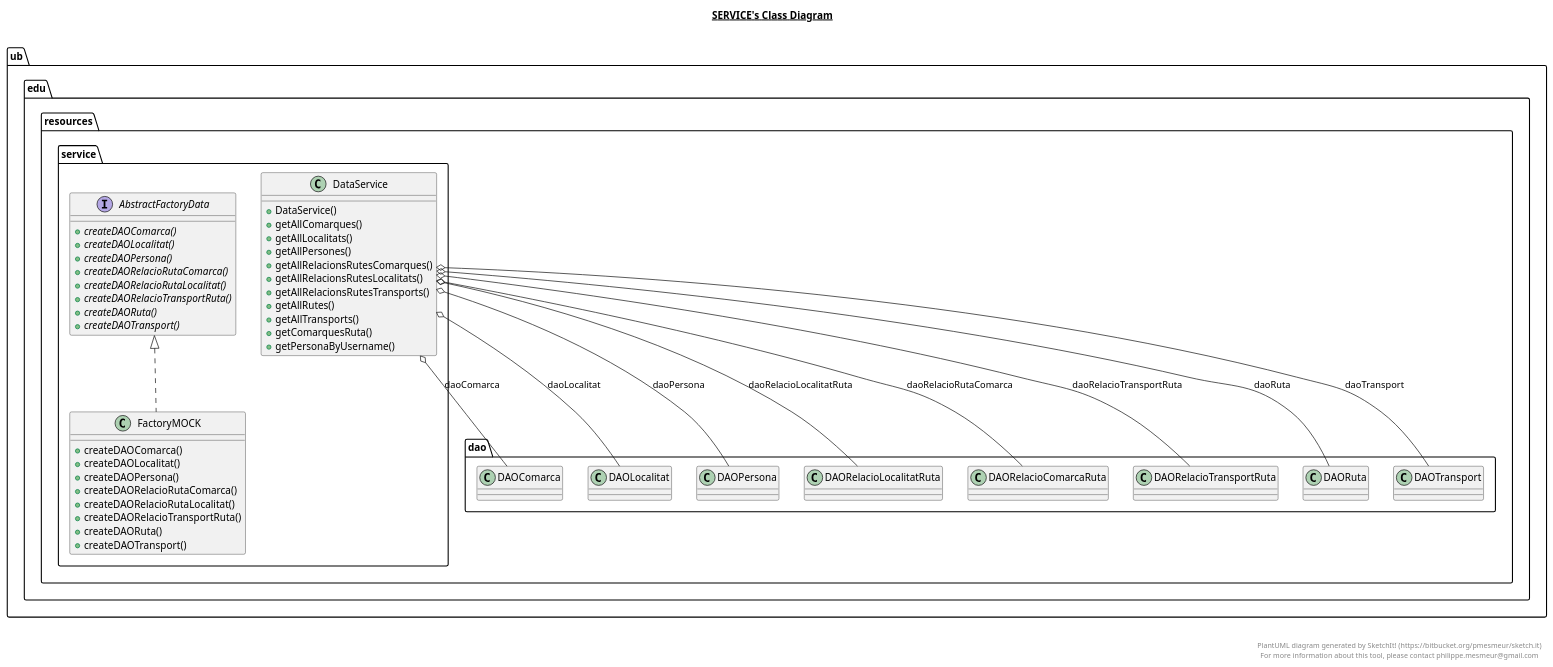
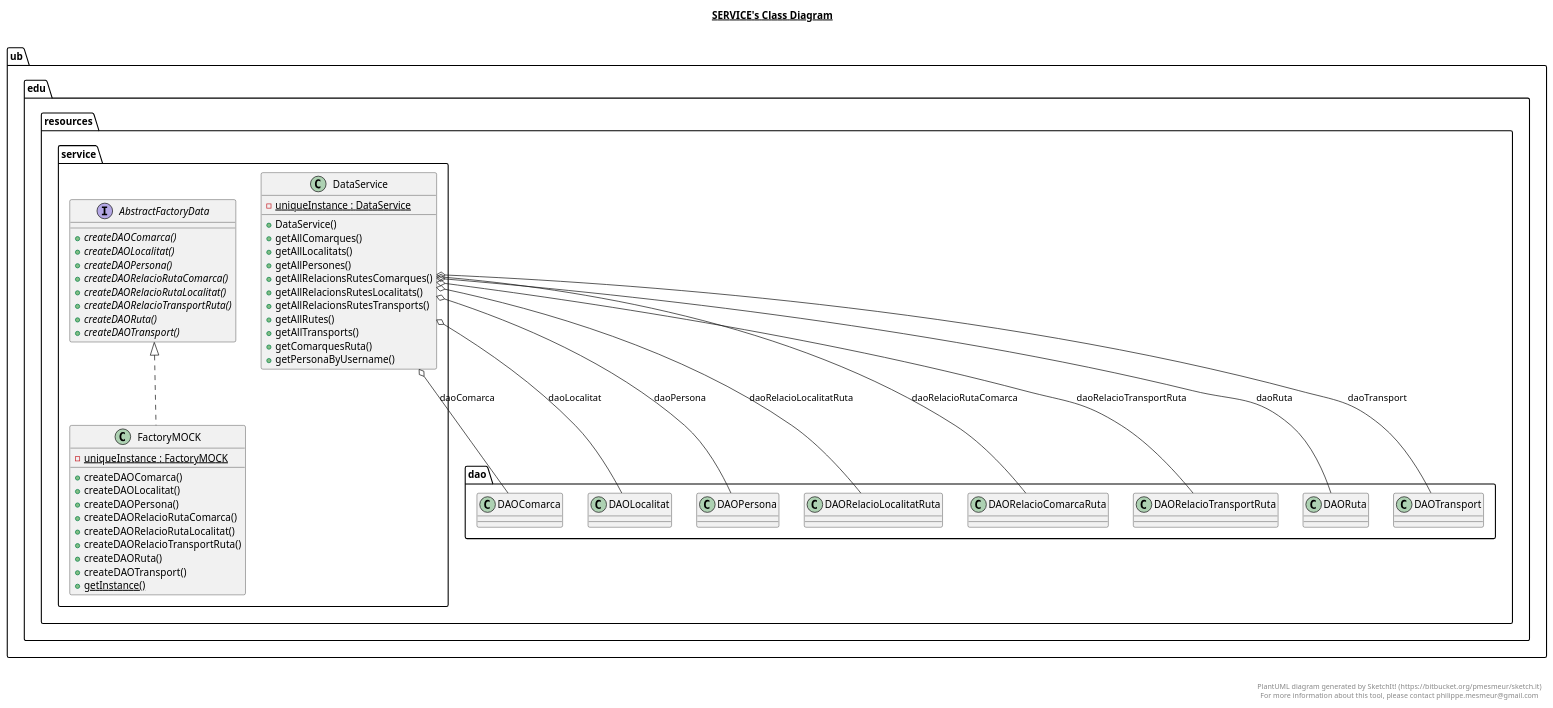
Before and after one commit to Samot2003/p3-tripu-dao-a12_reava: the diagram in src/ub/edu/resources/service/service.plantuml, drawn with PlantUML. The commit also changed 37 other files, not shown here.

Commit message:
Hem aplicat singleton finalment a controller, hem acabat els tests nous i retocat diagrames

```diff
--- a/src/ub/edu/resources/service/service.plantuml
+++ b/src/ub/edu/resources/service/service.plantuml
@@ -1,68 +1,71 @@
 @startuml
 
 title __SERVICE's Class Diagram__\n
 
   namespace ub.edu.resources.service {
     interface ub.edu.resources.service.AbstractFactoryData {
         {abstract} + createDAOComarca()
         {abstract} + createDAOLocalitat()
         {abstract} + createDAOPersona()
         {abstract} + createDAORelacioRutaComarca()
         {abstract} + createDAORelacioRutaLocalitat()
         {abstract} + createDAORelacioTransportRuta()
         {abstract} + createDAORuta()
         {abstract} + createDAOTransport()
     }
   }
   
 
   namespace ub.edu.resources.service {
     class ub.edu.resources.service.DataService {
+        {static} - uniqueInstance : DataService
         + DataService()
         + getAllComarques()
         + getAllLocalitats()
         + getAllPersones()
         + getAllRelacionsRutesComarques()
         + getAllRelacionsRutesLocalitats()
         + getAllRelacionsRutesTransports()
         + getAllRutes()
         + getAllTransports()
         + getComarquesRuta()
         + getPersonaByUsername()
     }
   }
   
 
   namespace ub.edu.resources.service {
     class ub.edu.resources.service.FactoryMOCK {
+        {static} - uniqueInstance : FactoryMOCK
         + createDAOComarca()
         + createDAOLocalitat()
         + createDAOPersona()
         + createDAORelacioRutaComarca()
         + createDAORelacioRutaLocalitat()
         + createDAORelacioTransportRuta()
         + createDAORuta()
         + createDAOTransport()
+        {static} + getInstance()
     }
   }
   
 
   ub.edu.resources.service.DataService o-- ub.edu.resources.dao.DAOComarca : daoComarca
   ub.edu.resources.service.DataService o-- ub.edu.resources.dao.DAOLocalitat : daoLocalitat
   ub.edu.resources.service.DataService o-- ub.edu.resources.dao.DAOPersona : daoPersona
   ub.edu.resources.service.DataService o-- ub.edu.resources.dao.DAORelacioLocalitatRuta : daoRelacioLocalitatRuta
   ub.edu.resources.service.DataService o-- ub.edu.resources.dao.DAORelacioComarcaRuta : daoRelacioRutaComarca
   ub.edu.resources.service.DataService o-- ub.edu.resources.dao.DAORelacioTransportRuta : daoRelacioTransportRuta
   ub.edu.resources.service.DataService o-- ub.edu.resources.dao.DAORuta : daoRuta
   ub.edu.resources.service.DataService o-- ub.edu.resources.dao.DAOTransport : daoTransport
   ub.edu.resources.service.FactoryMOCK .up.|> ub.edu.resources.service.AbstractFactoryData
 
 
 right footer
 
 
 PlantUML diagram generated by SketchIt! (https://bitbucket.org/pmesmeur/sketch.it)
 For more information about this tool, please contact philippe.mesmeur@gmail.com
 endfooter
 
 @enduml
```
